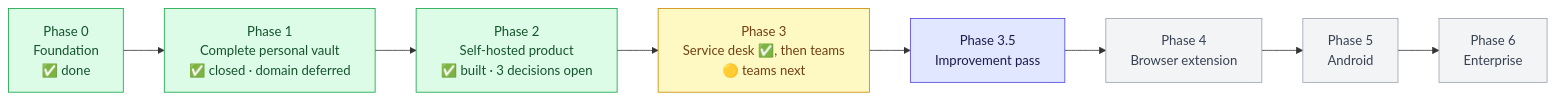
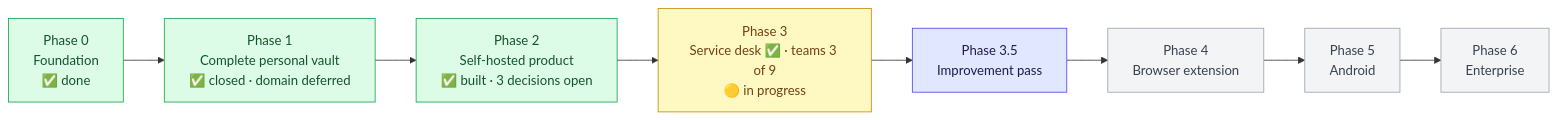
The diagram in docs/ROADMAP.md (SHIVAM-SHARMA-766/vault), drawn with Mermaid before and after one commit. The commit also changed other lines of this file and 25 other files, not shown here.

Commit message:
Record teams steps 1-3: decision 0015, threat A11 mitigated, roadmap, known issues, guide

````diff
--- a/docs/ROADMAP.md
+++ b/docs/ROADMAP.md
@@ -18,14 +18,14 @@
 ```mermaid
 flowchart LR
   p0["Phase 0<br/>Foundation<br/>✅ done"]:::done --> p1["Phase 1<br/>Complete personal vault<br/>✅ closed · domain deferred"]:::done
   p1 --> p2["Phase 2<br/>Self-hosted product<br/>✅ built · 3 decisions open"]:::done
-  p2 --> p3["Phase 3<br/>Service desk ✅, then teams<br/>🟡 teams next"]:::now
+  p2 --> p3["Phase 3<br/>Service desk ✅ · teams 3 of 9<br/>🟡 in progress"]:::now
   p3 --> p35["Phase 3.5<br/>Improvement pass"]:::next
   p35 --> p4["Phase 4<br/>Browser extension"]:::later
   p4 --> p5["Phase 5<br/>Android"]:::later
   p5 --> p6["Phase 6<br/>Enterprise"]:::later
   classDef done fill:#dcfce7,stroke:#16a34a,color:#14532d
   classDef now fill:#fef9c3,stroke:#ca8a04,color:#713f12
   classDef next fill:#e0e7ff,stroke:#4f46e5,color:#1e1b4b
   classDef later fill:#f3f4f6,stroke:#9ca3af,color:#374151
 ```
````
